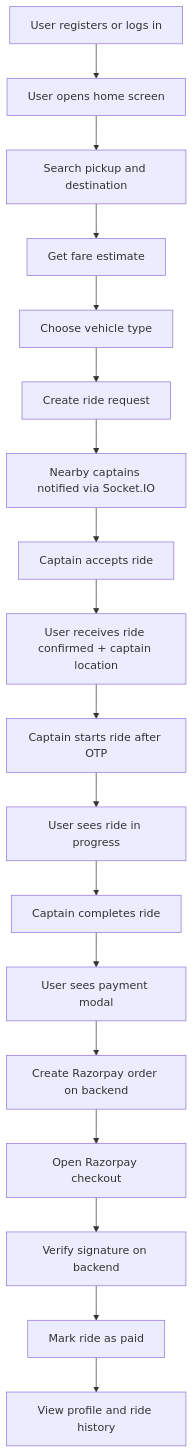
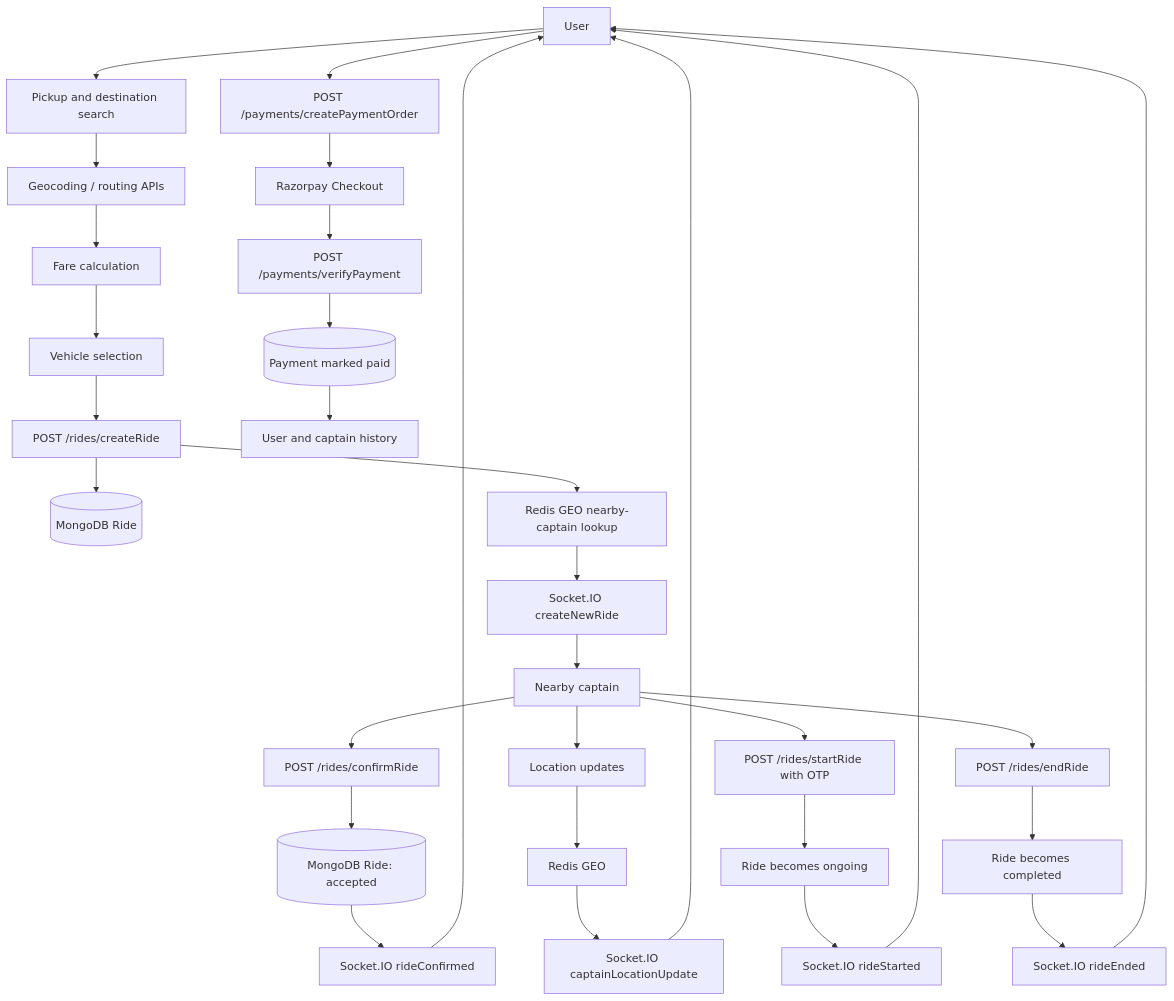
Before and after one commit to himanshu-sahu-027/goSafar: the second of 15 diagrams in README.md, drawn with Mermaid. The commit also changed other lines of this file and 29 other files, not shown here.

First line of the commit message:
feat: add Google Sign-In functionality to Captain and User authentication flows

````diff
--- a/README.md
+++ b/README.md
@@ -225,20 +86,33 @@
 ```mermaid
 flowchart TD
-    A[User registers or logs in] --> B[User opens home screen]
-    B --> C[Search pickup and destination]
-    C --> D[Get fare estimate]
-    D --> E[Choose vehicle type]
-    E --> F[Create ride request]
-    F --> G[Nearby captains notified via Socket.IO]
-    G --> H[Captain accepts ride]
-    H --> I[User receives ride confirmed + captain location]
-    I --> J[Captain starts ride after OTP]
-    J --> K[User sees ride in progress]
-    K --> L[Captain completes ride]
-    L --> M[User sees payment modal]
-    M --> N[Create Razorpay order on backend]
-    N --> O[Open Razorpay checkout]
-    O --> P[Verify signature on backend]
-    P --> Q[Mark ride as paid]
-    Q --> R[View profile and ride history]
+    U[User] --> SEARCH[Pickup and destination search]
+    SEARCH --> MAP[Geocoding / routing APIs]
+    MAP --> FARE[Fare calculation]
+    FARE --> SELECT[Vehicle selection]
+    SELECT --> CREATE[POST /rides/createRide]
+    CREATE --> MONGO1[(MongoDB Ride)]
+    CREATE --> GEO[Redis GEO nearby-captain lookup]
+    GEO --> SOCKET[Socket.IO createNewRide]
+    SOCKET --> CAP[Nearby captain]
+    CAP --> ACCEPT[POST /rides/confirmRide]
+    ACCEPT --> MONGO2[(MongoDB Ride: accepted)]
+    MONGO2 --> CONFIRM[Socket.IO rideConfirmed]
+    CONFIRM --> U
+    CAP --> LOC[Location updates]
+    LOC --> GEO2[Redis GEO]
+    GEO2 --> TRACK[Socket.IO captainLocationUpdate]
+    TRACK --> U
+    CAP --> OTP[POST /rides/startRide with OTP]
+    OTP --> ONGOING[Ride becomes ongoing]
+    ONGOING --> STARTED[Socket.IO rideStarted]
+    STARTED --> U
+    CAP --> END[POST /rides/endRide]
+    END --> COMPLETE[Ride becomes completed]
+    COMPLETE --> ENDED[Socket.IO rideEnded]
+    ENDED --> U
+    U --> ORDER[POST /payments/createPaymentOrder]
+    ORDER --> RAZORPAY[Razorpay Checkout]
+    RAZORPAY --> VERIFY[POST /payments/verifyPayment]
+    VERIFY --> PAID[(Payment marked paid)]
+    PAID --> HISTORY[User and captain history]
 ```
````
